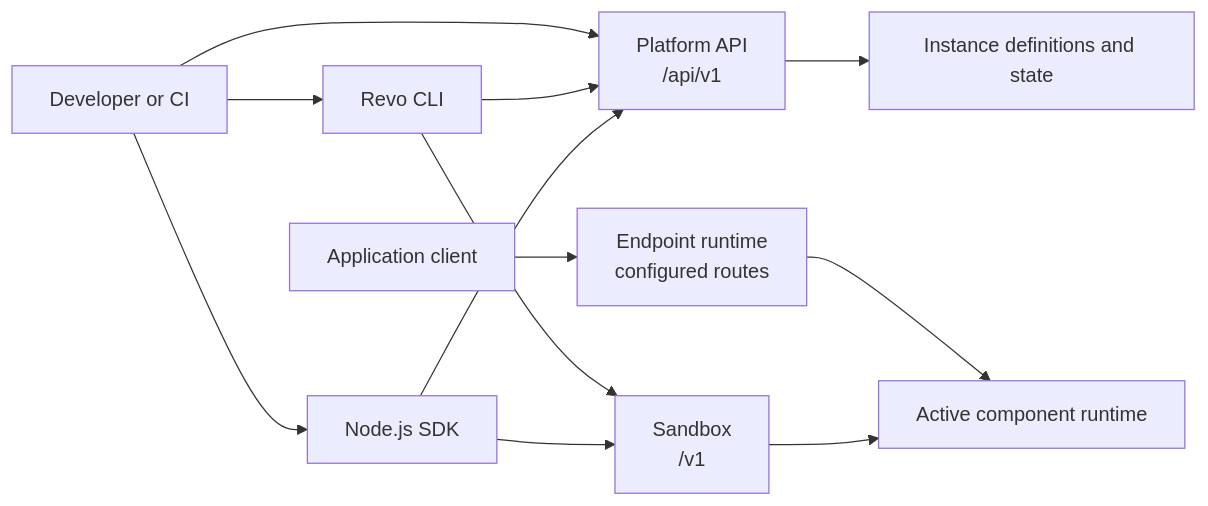
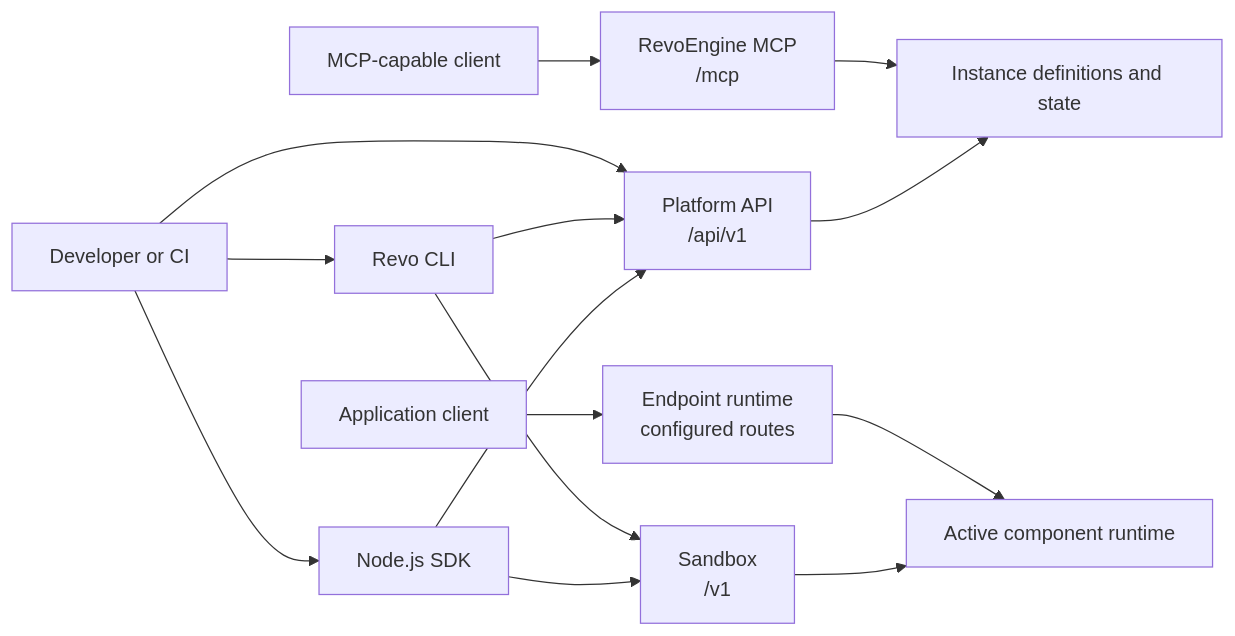
Before and after one commit to RevoEngine/public-docs: the diagram in developers/overview.mdx, drawn with Mermaid. The commit also changed other lines of this file and 21 other files, not shown here.

````diff
--- a/developers/overview.mdx
+++ b/developers/overview.mdx
@@ -20,14 +21,16 @@
 ```mermaid
 flowchart LR
   D["Developer or CI"] --> API["Platform API\n/api/v1"]
   D --> CLI["Revo CLI"]
   D --> SDK["Node.js SDK"]
+  AIC["MCP-capable client"] --> MCP["RevoEngine MCP\n/mcp"]
   C["Application client"] --> EP["Endpoint runtime\nconfigured routes"]
   CLI --> API
   CLI --> SBX["Sandbox\n/v1"]
   SDK --> API
   SDK --> SBX
+  MCP --> STATE
   API --> STATE["Instance definitions and state"]
   EP --> EXEC["Active component runtime"]
   SBX --> EXEC
 ```
````
